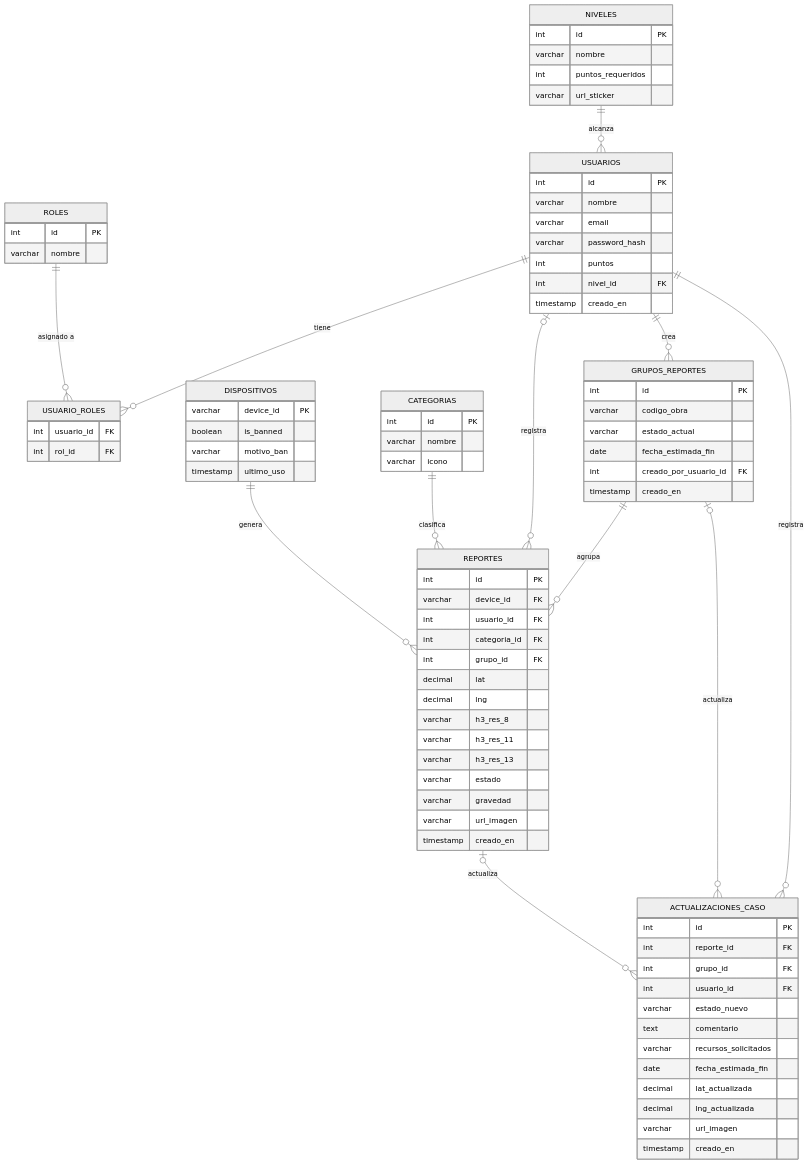
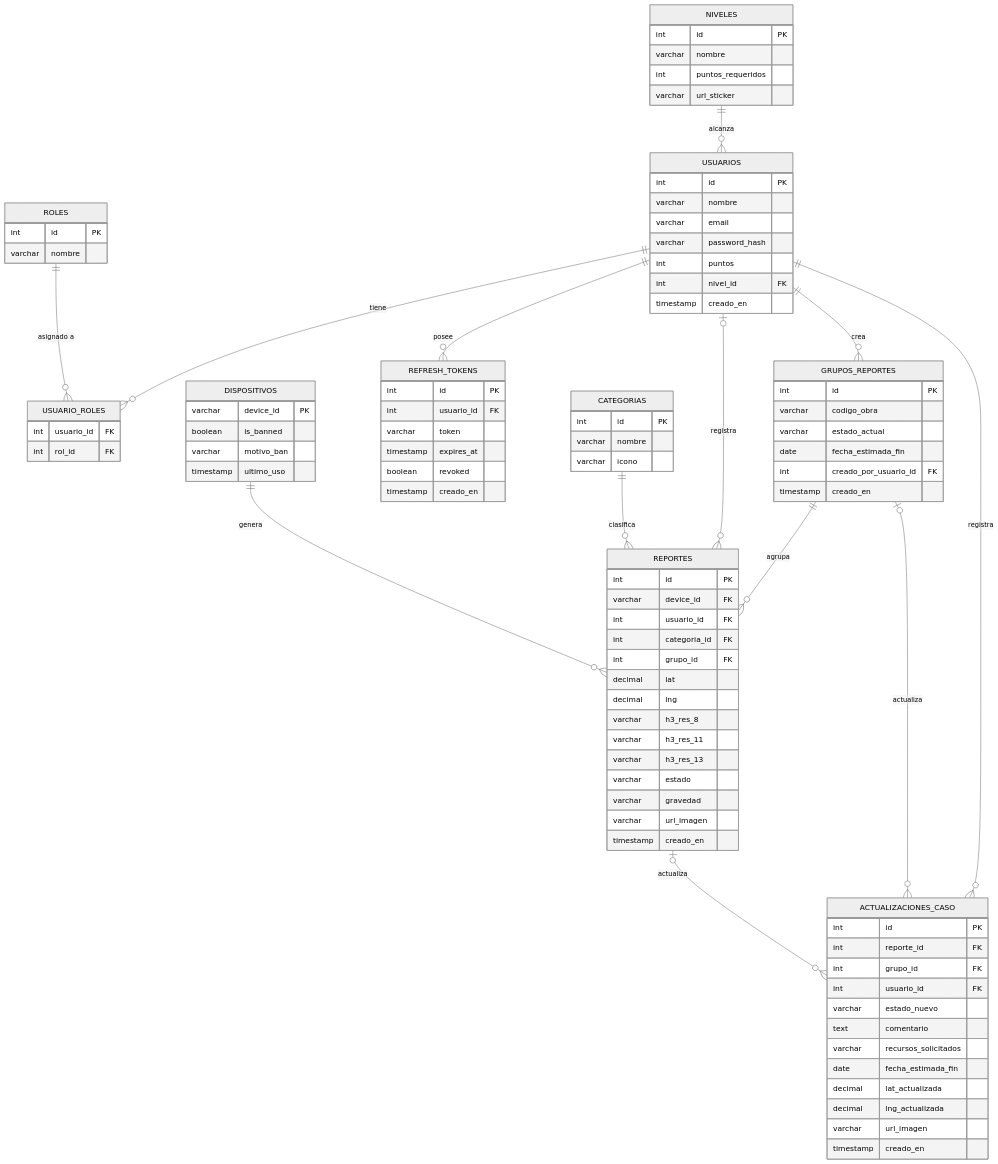
The diagram in docs/modelo_datos.md (jhoel0521/Ojo-Camba), drawn with Mermaid (neutral theme) before and after one commit. The commit also changed other lines of this file, not shown here.

Commit message:
docs(modelo): documentar entidad refresh_tokens en el diagrama

```diff
--- a/docs/modelo_datos.md
+++ b/docs/modelo_datos.md
@@ -36,6 +36,14 @@
         boolean is_banned
         varchar motivo_ban
         timestamp ultimo_uso
+    }
+    REFRESH_TOKENS {
+        int id PK
+        int usuario_id FK
+        varchar token
+        timestamp expires_at
+        boolean revoked
+        timestamp creado_en
     }
     CATEGORIAS {
         int id PK
@@ -84,6 +92,7 @@
     NIVELES ||--o{ USUARIOS : "alcanza"
     USUARIOS ||--o{ USUARIO_ROLES : "tiene"
     ROLES ||--o{ USUARIO_ROLES : "asignado a"
+    USUARIOS ||--o{ REFRESH_TOKENS : "posee"
     DISPOSITIVOS ||--o{ REPORTES : "genera"
     USUARIOS |o--o{ REPORTES : "registra"
     CATEGORIAS ||--o{ REPORTES : "clasifica"
```
